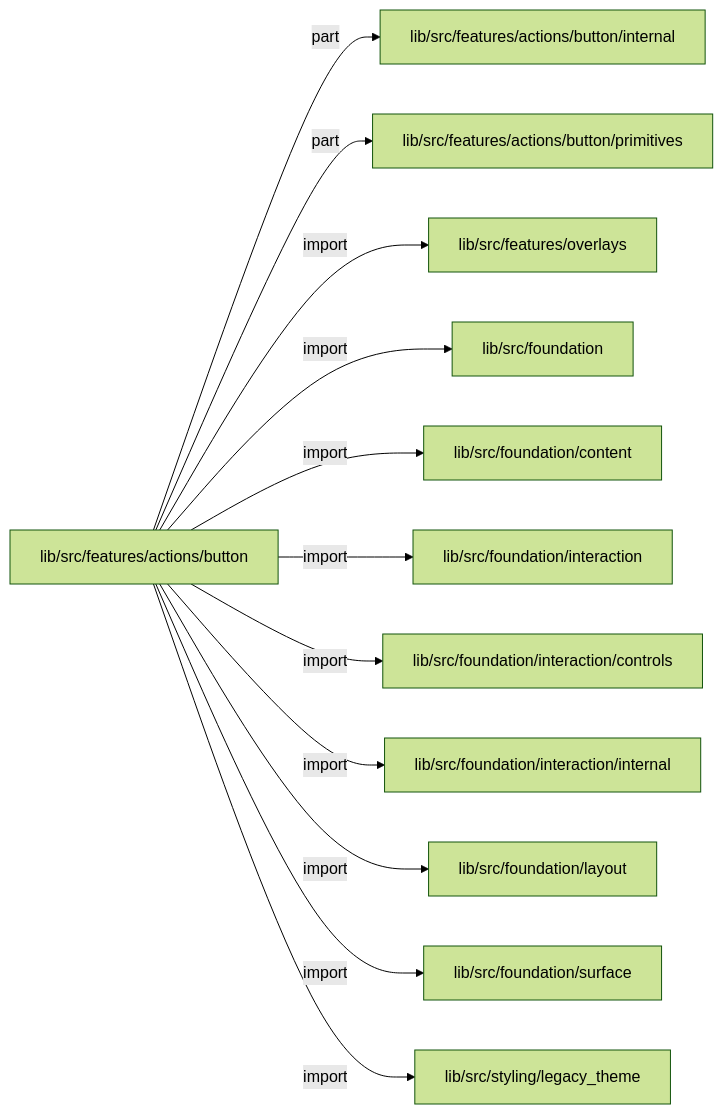
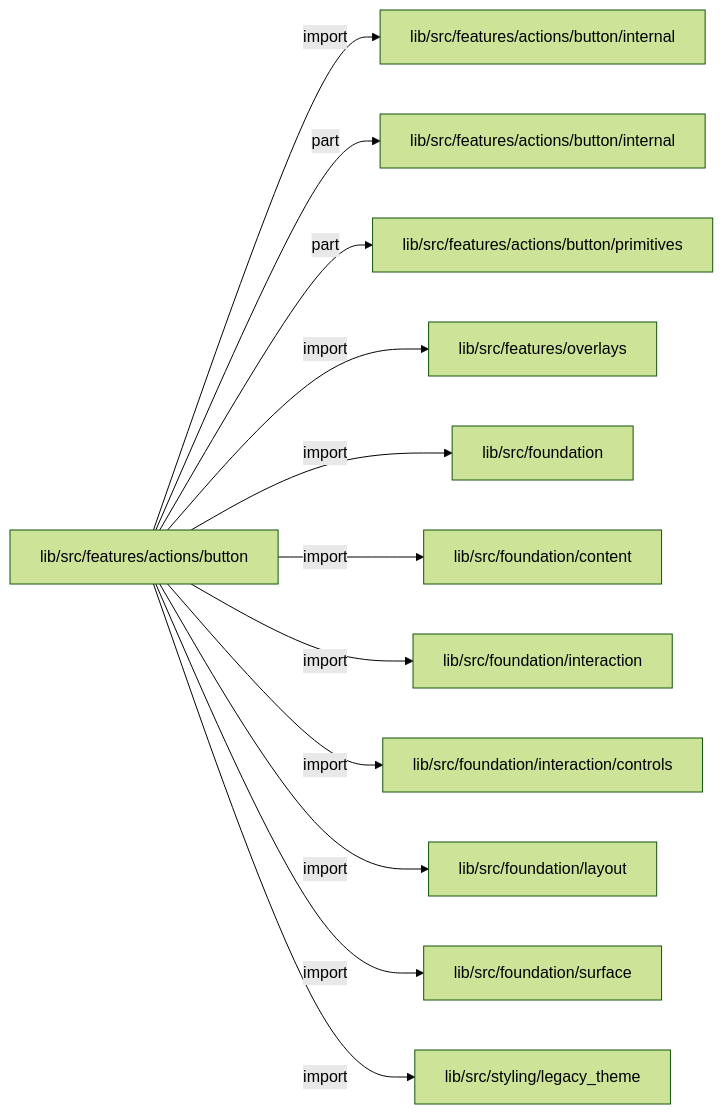
One commit to MiuDog/Kallopis changed the first of 3 diagrams in docs/architecture/src/features/actions/button/README.md. Above: the diagram before and after it, drawn with Mermaid (forest theme). The commit also changed other lines of this file and 9688 other files, not shown here.

Commit message:
Prepare isolated Flow F2 peer baseline

````diff
--- a/docs/architecture/src/features/actions/button/README.md
+++ b/docs/architecture/src/features/actions/button/README.md
@@ -13,26 +13,26 @@
 ```mermaid
 flowchart LR
 	n0["lib/src/features/actions/button"]
 	n1["lib/src/features/actions/button/internal"]
-	n2["lib/src/features/actions/button/primitives"]
-	n3["lib/src/features/overlays"]
-	n4["lib/src/foundation"]
-	n5["lib/src/foundation/content"]
-	n6["lib/src/foundation/interaction"]
-	n7["lib/src/foundation/interaction/controls"]
-	n8["lib/src/foundation/interaction/internal"]
+	n2["lib/src/features/actions/button/internal"]
+	n3["lib/src/features/actions/button/primitives"]
+	n4["lib/src/features/overlays"]
+	n5["lib/src/foundation"]
+	n6["lib/src/foundation/content"]
+	n7["lib/src/foundation/interaction"]
+	n8["lib/src/foundation/interaction/controls"]
 	n9["lib/src/foundation/layout"]
 	n10["lib/src/foundation/surface"]
 	n11["lib/src/styling/legacy_theme"]
-	n0 -->|"part"| n1
+	n0 -->|"import"| n1
 	n0 -->|"part"| n2
-	n0 -->|"import"| n3
+	n0 -->|"part"| n3
 	n0 -->|"import"| n4
 	n0 -->|"import"| n5
 	n0 -->|"import"| n6
 	n0 -->|"import"| n7
 	n0 -->|"import"| n8
 	n0 -->|"import"| n9
 	n0 -->|"import"| n10
 	n0 -->|"import"| n11
 ```
````
